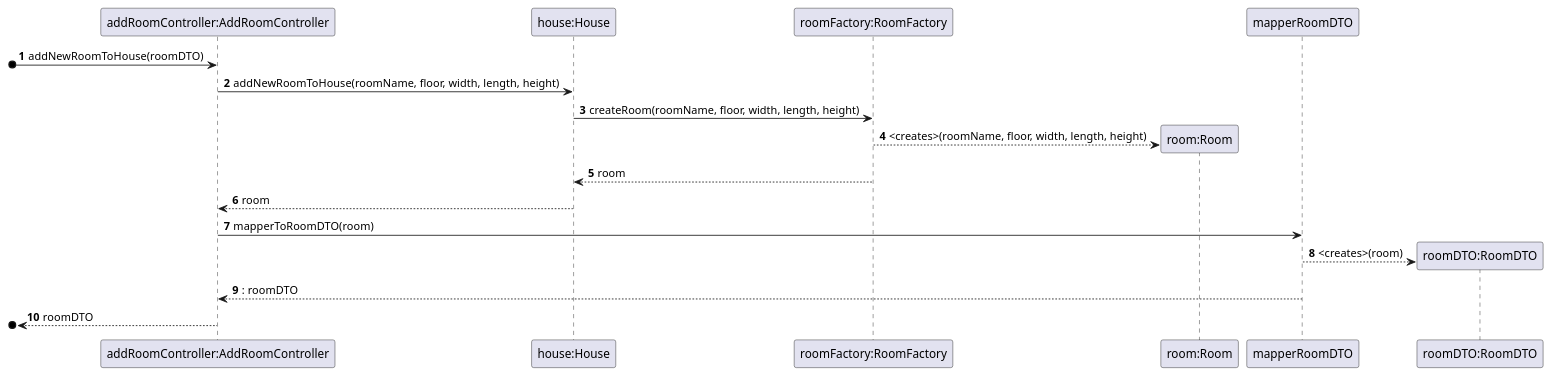
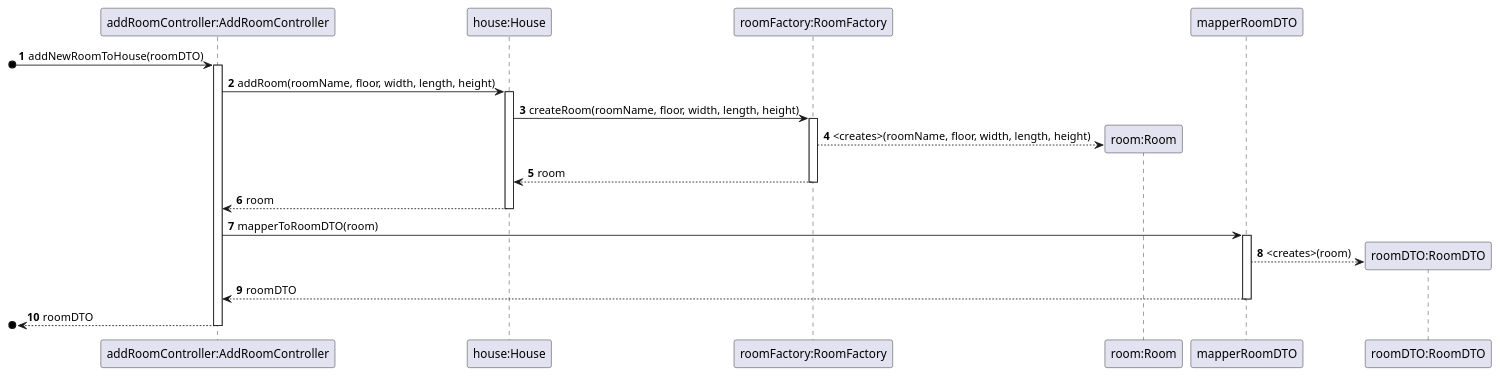
One commit to ozepedrorodrigues/projetoIntermedio changed the diagram in projetoIntermedio/docs/sequence/AddRoomController.puml. Above: the diagram before and after it, drawn with PlantUML. The commit also changed 1 other file, not shown here.

Commit message:
UC02 - updated UseCase e ClassDiagram

```diff
--- a/projetoIntermedio/docs/sequence/AddRoomController.puml
+++ b/projetoIntermedio/docs/sequence/AddRoomController.puml
@@ -1,29 +1,35 @@
 @startuml
 
 
 autonumber
 
 participant "addRoomController:AddRoomController" as ARC
 participant "house:House" as H
 participant "roomFactory:RoomFactory" as RF
 participant "room:Room" as R
 participant "mapperRoomDTO" as M
 participant "roomDTO:RoomDTO" as DTO
 
 [o-> ARC: addNewRoomToHouse(roomDTO)
-ARC -> H: addNewRoomToHouse(roomName, floor, width, length, height)
+activate ARC
+ARC -> H: addRoom(roomName, floor, width, length, height)
+activate H
 H -> RF: createRoom(roomName, floor, width, length, height)
+activate RF
 RF --> R**: <creates>(roomName, floor, width, length, height)
 H <-- RF: room
-
-
+deactivate RF
 H --> ARC: room
+deactivate H
 ARC -> M: mapperToRoomDTO(room)
+activate M
 M --> DTO**: <creates>(room)
-M --> ARC: : roomDTO
+M --> ARC: roomDTO
+deactivate M
 [o<--ARC: roomDTO
+deactivate ARC
 
 
 
 
 @enduml
```
